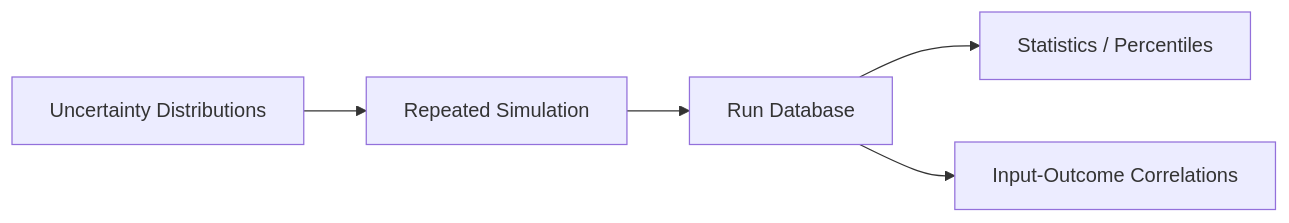
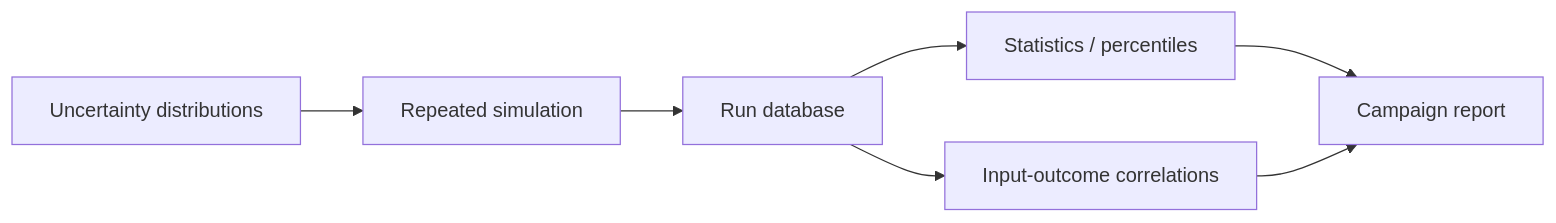
The diagram in README.md (skytruong90/Monte-Carlo-Mission-Analysis-Lab), drawn with Mermaid before and after one commit. The commit also changed other lines of this file, not shown here.

````diff
--- a/README.md
+++ b/README.md
@@ -13,7 +27,9 @@
 ```mermaid
 flowchart LR
- U[Uncertainty Distributions] --> R[Repeated Simulation]
- R --> D[Run Database]
- D --> S[Statistics / Percentiles]
- D --> C[Input-Outcome Correlations]
+ U[Uncertainty distributions] --> R[Repeated simulation]
+ R --> D[Run database]
+ D --> S[Statistics / percentiles]
+ D --> C[Input-outcome correlations]
+ S --> J[Campaign report]
+ C --> J
 ```
````
